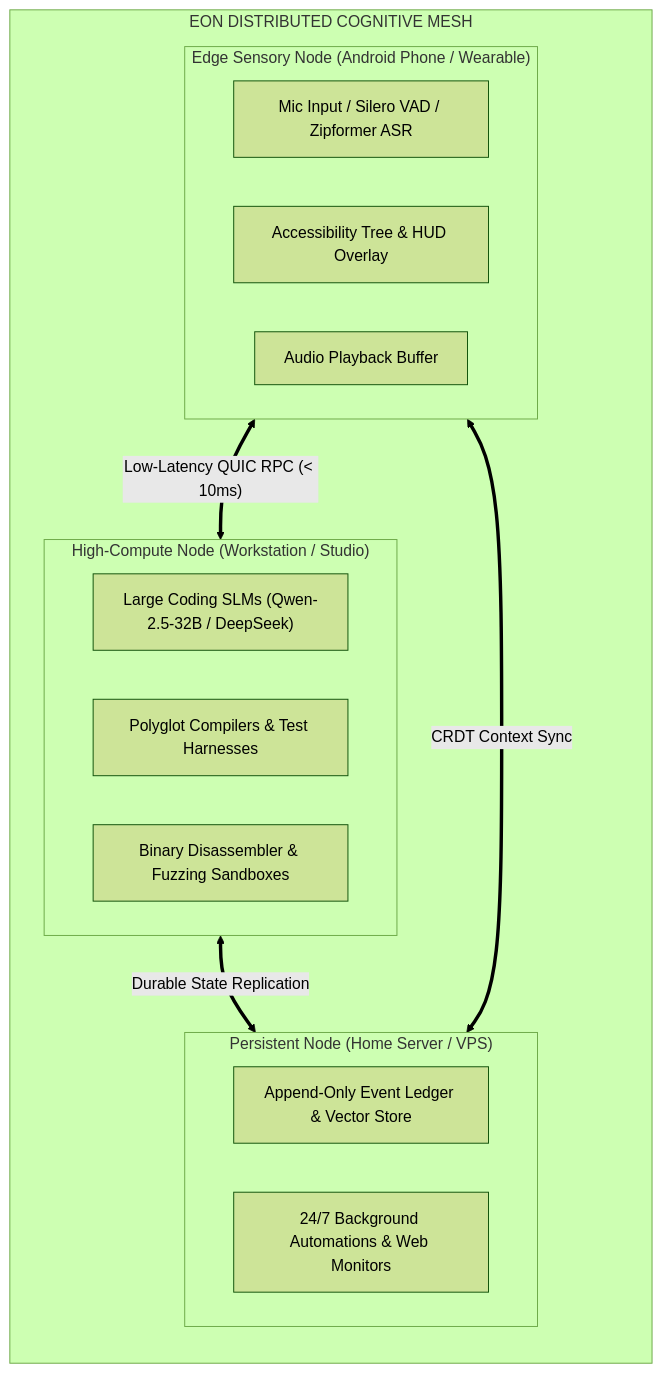
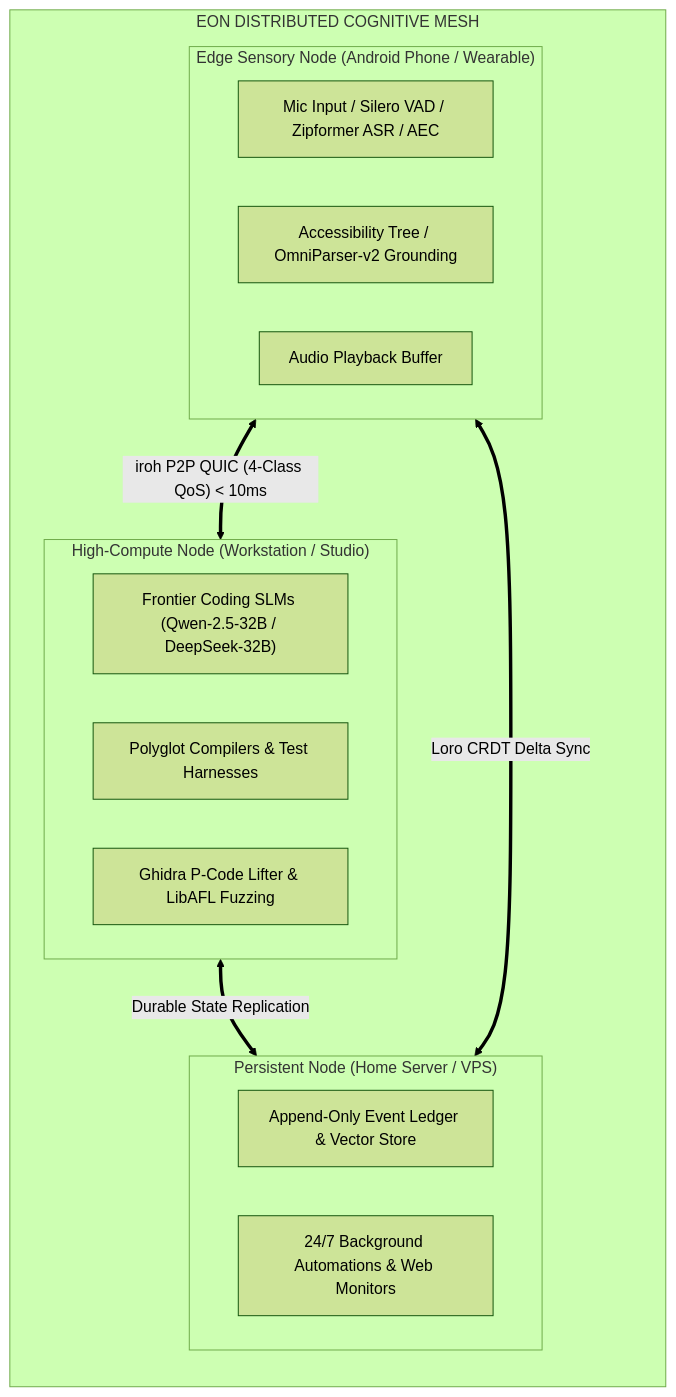
One commit to Imperialorg/Eonba changed the first of 3 diagrams in docs/DISTRIBUTED_NETWORKING_MESH.md. Above: the diagram before and after it, drawn with Mermaid (forest theme). The commit also changed other lines of this file and 24 other files, not shown here.

````diff
--- a/docs/DISTRIBUTED_NETWORKING_MESH.md
+++ b/docs/DISTRIBUTED_NETWORKING_MESH.md
@@ -14,27 +14,27 @@
 ```mermaid
 graph TD
     subgraph EON_MESH["EON DISTRIBUTED COGNITIVE MESH"]
         direction TB
 
         subgraph Edge_Phone["Edge Sensory Node (Android Phone / Wearable)"]
-            PhoneAudio["Mic Input / Silero VAD / Zipformer ASR"]
-            PhoneUI["Accessibility Tree & HUD Overlay"]
+            PhoneAudio["Mic Input / Silero VAD / Zipformer ASR / AEC"]
+            PhoneUI["Accessibility Tree / OmniParser-v2 Grounding"]
             PhoneSpeaker["Audio Playback Buffer"]
         end
 
         subgraph Compute_Desktop["High-Compute Node (Workstation / Studio)"]
-            DesktopLLM["Large Coding SLMs (Qwen-2.5-32B / DeepSeek)"]
+            DesktopLLM["Frontier Coding SLMs (Qwen-2.5-32B / DeepSeek-32B)"]
             DesktopCompiler["Polyglot Compilers & Test Harnesses"]
-            DesktopCyber["Binary Disassembler & Fuzzing Sandboxes"]
+            DesktopCyber["Ghidra P-Code Lifter & LibAFL Fuzzing"]
         end
 
         subgraph Cloud_Server["Persistent Node (Home Server / VPS)"]
             ServerStore["Append-Only Event Ledger & Vector Store"]
             ServerCrawler["24/7 Background Automations & Web Monitors"]
         end
 
-        Edge_Phone <== "Low-Latency QUIC RPC (< 10ms)" ==> Compute_Desktop
+        Edge_Phone <== "iroh P2P QUIC (4-Class QoS) < 10ms" ==> Compute_Desktop
         Compute_Desktop <== "Durable State Replication" ==> Cloud_Server
-        Edge_Phone <== "CRDT Context Sync" ==> Cloud_Server
+        Edge_Phone <== "Loro CRDT Delta Sync" ==> Cloud_Server
     end
 ```
````
